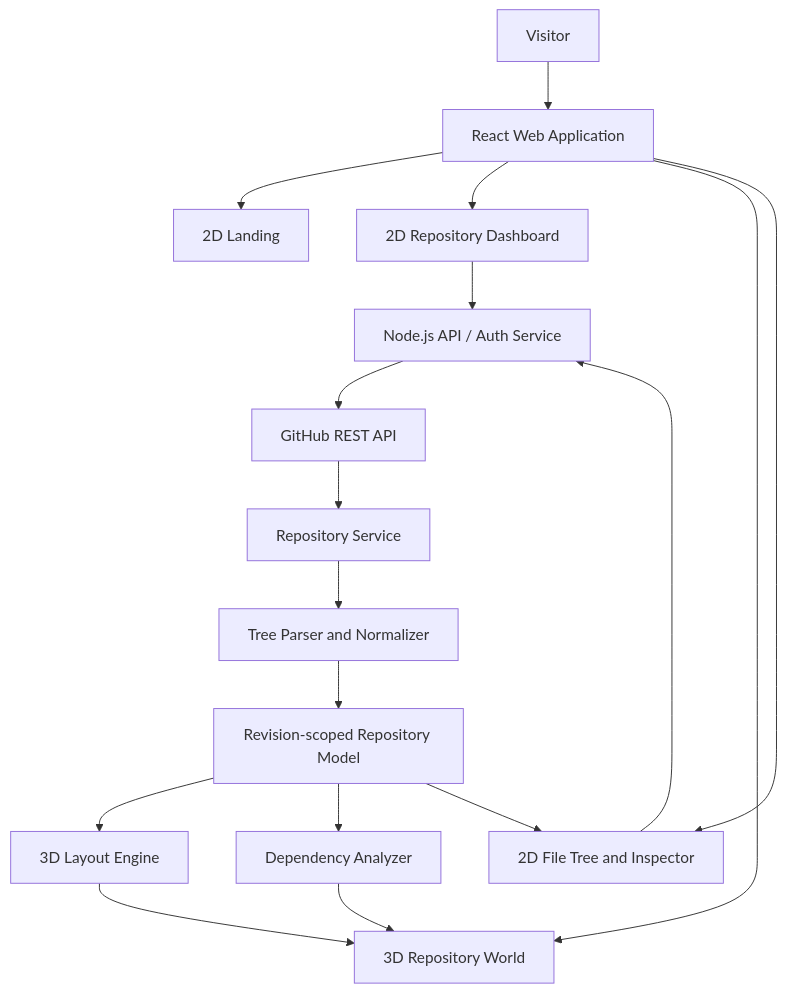
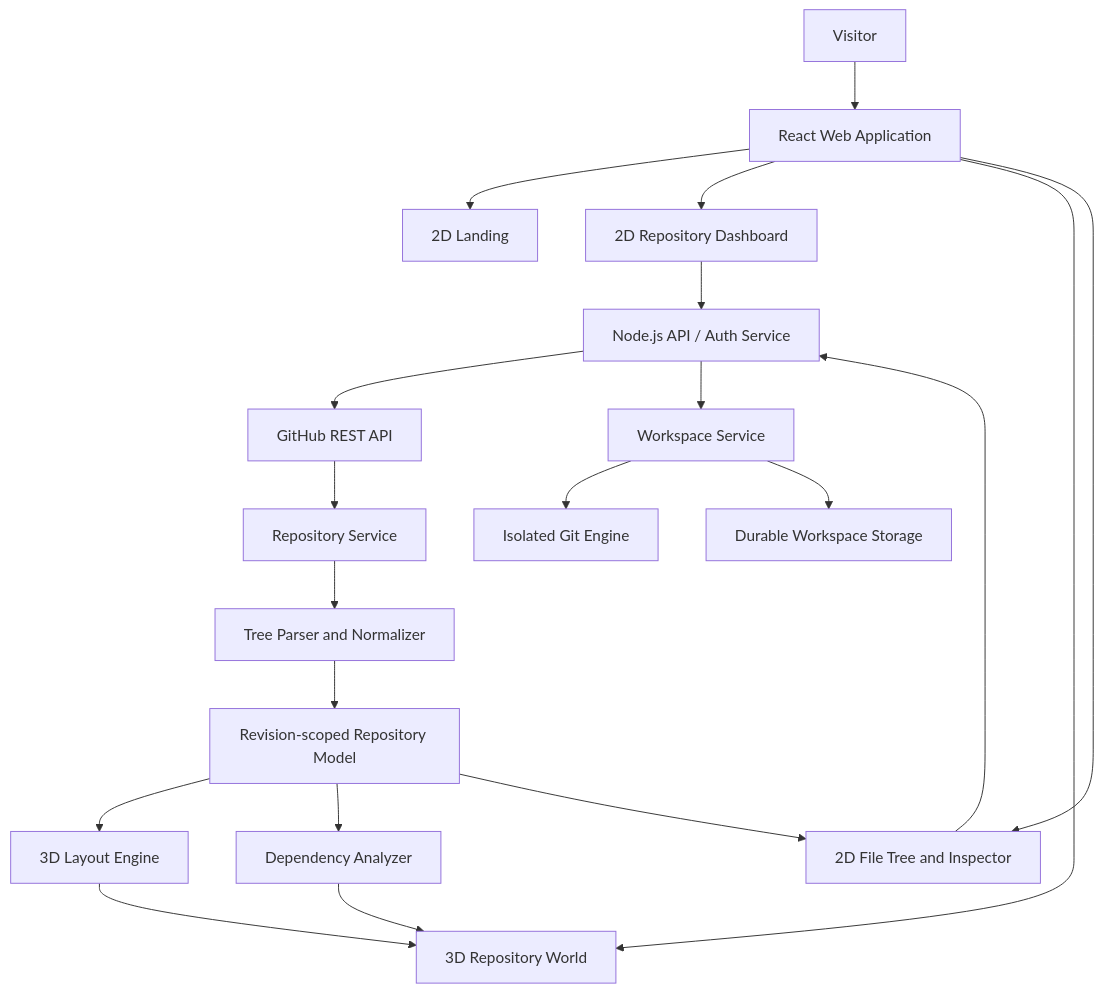
One commit to MeghPatel-007/github-3D changed the diagram in docs/02-system-architecture.md. Above: the diagram before and after it, drawn with Mermaid. The commit also changed other lines of this file and 7 other files, not shown here.

Commit message:
docs: choose managed git workspace architecture

````diff
--- a/docs/02-system-architecture.md
+++ b/docs/02-system-architecture.md
@@ -17,21 +17,24 @@
 ```mermaid
 flowchart TD
     Visitor[Visitor] --> Web[React Web Application]
     Web --> Landing[2D Landing]
     Web --> Dashboard[2D Repository Dashboard]
     Web --> World[3D Repository World]
     Web --> Explorer[2D File Tree and Inspector]
 
     Dashboard --> Backend[Node.js API / Auth Service]
     Explorer --> Backend
     Backend --> GitHub[GitHub REST API]
+    Backend --> Workspace[Workspace Service]
+    Workspace --> GitEngine[Isolated Git Engine]
+    Workspace --> WorkspaceStore[Durable Workspace Storage]
 
     GitHub --> RepoService[Repository Service]
     RepoService --> TreeParser[Tree Parser and Normalizer]
     TreeParser --> Model[Revision-scoped Repository Model]
     Model --> Layout[3D Layout Engine]
     Model --> Analyzer[Dependency Analyzer]
     Layout --> World
     Analyzer --> World
     Model --> Explorer
 ```
````
